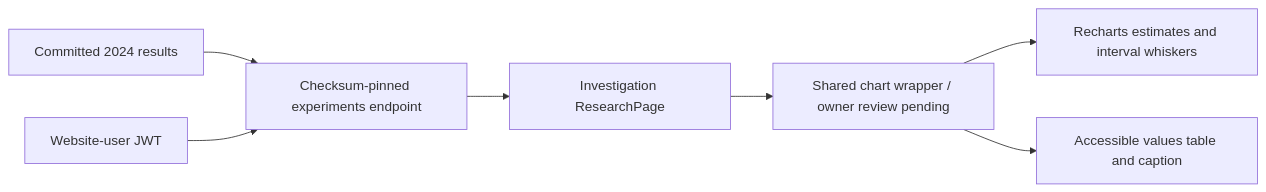
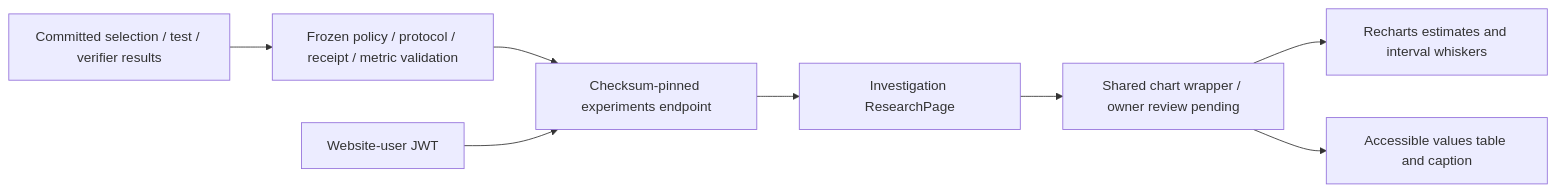
The diagram in knowledge/flows/FLOW-research-publication.md (umaritics/halite), drawn with Mermaid before and after one commit. The commit also changed other lines of this file and 17 other files, not shown here.

Commit message:
Publish frozen test results and accepted question-conditioned selection point

````diff
--- a/knowledge/flows/FLOW-research-publication.md
+++ b/knowledge/flows/FLOW-research-publication.md
@@ -19,9 +19,10 @@
 ```mermaid
 flowchart LR
-  Files[Committed 2024 results] --> API[Checksum-pinned experiments endpoint]
+  Files[Committed selection / test / verifier results] --> Verify[Frozen policy / protocol / receipt / metric validation]
+  Verify --> API[Checksum-pinned experiments endpoint]
   JWT[Website-user JWT] --> API
   API --> Feature[Investigation ResearchPage]
   Feature --> Shared[Shared chart wrapper / owner review pending]
   Shared --> SVG[Recharts estimates and interval whiskers]
   Shared --> Table[Accessible values table and caption]
 ```
````
